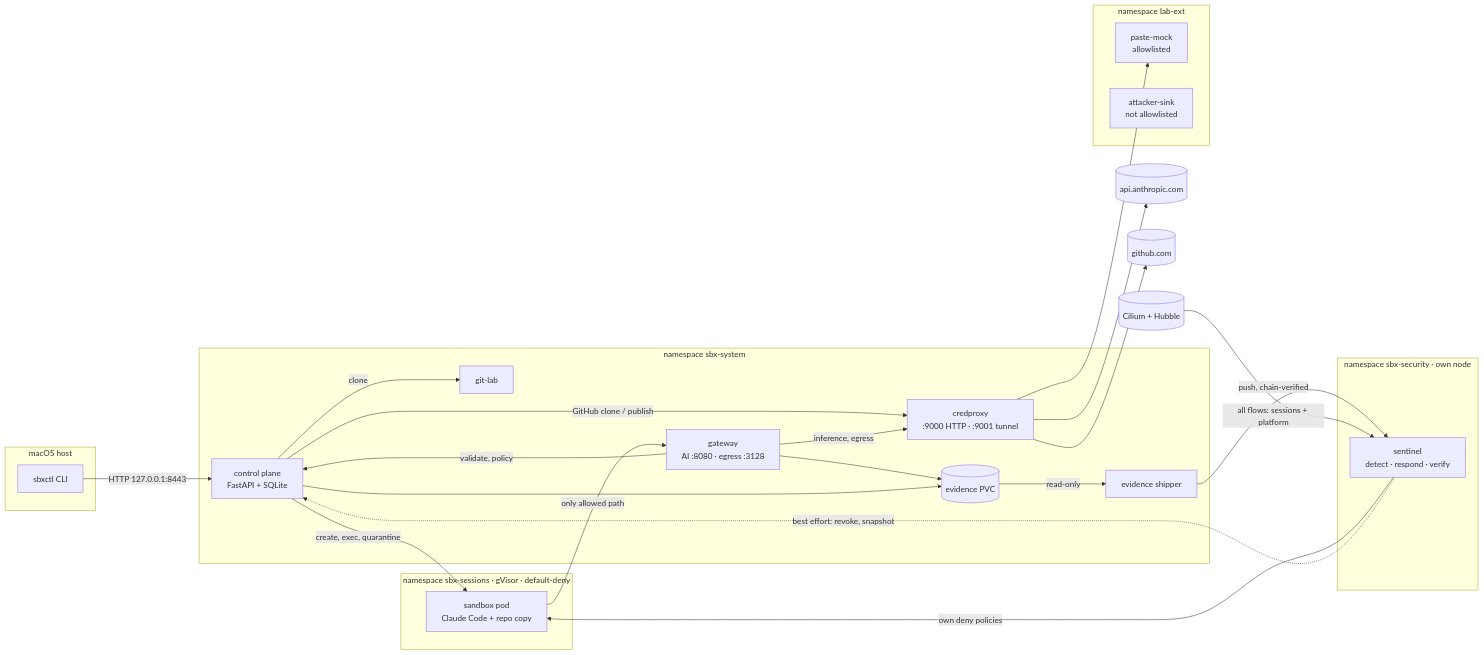
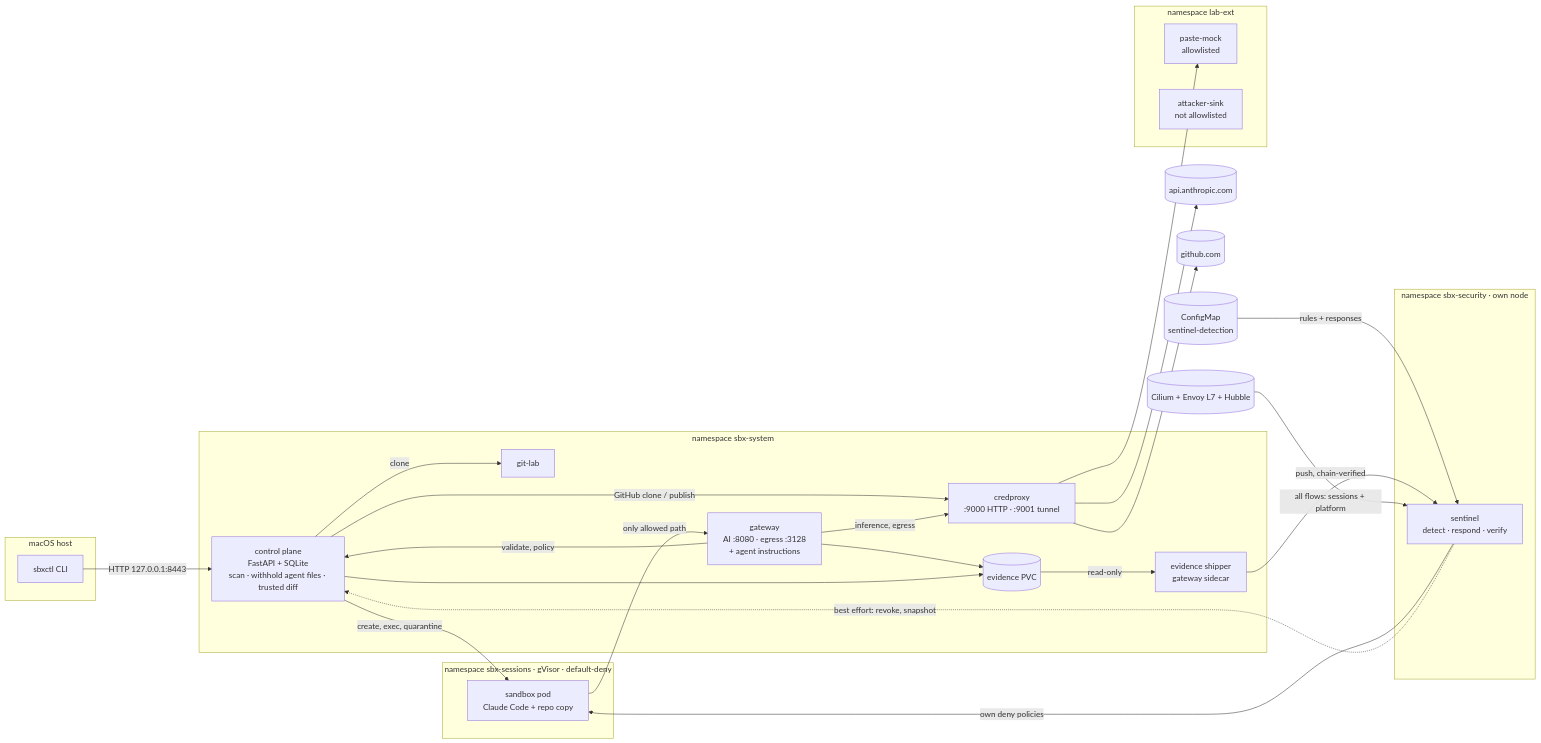
Before and after one commit to bhadradiyaniravnl/security-assignment-forgoodai: the first of 6 diagrams in docs/ARCHITECTURE.md, drawn with Mermaid. The commit also changed other lines of this file and 1 other file, not shown here.

First line of the commit message:
Diagrams and topology match the deployed system

````diff
--- a/docs/ARCHITECTURE.md
+++ b/docs/ARCHITECTURE.md
@@ -33,45 +33,46 @@
 ```mermaid
 flowchart LR
   subgraph host [macOS host]
     cli[sbxctl CLI]
   end
   subgraph sys [namespace sbx-system]
-    cp[control plane<br/>FastAPI + SQLite]
-    gw[gateway<br/>AI :8080 · egress :3128]
+    cp[control plane<br/>FastAPI + SQLite<br/>scan · withhold agent files · trusted diff]
+    gw[gateway<br/>AI :8080 · egress :3128<br/>+ agent instructions]
     cred[credproxy<br/>:9000 HTTP · :9001 tunnel]
-    ship[evidence shipper]
+    ship[evidence shipper<br/>gateway sidecar]
     git[git-lab]
     ev[(evidence PVC)]
   end
   subgraph sess [namespace sbx-sessions · gVisor · default-deny]
     pod[sandbox pod<br/>Claude Code + repo copy]
   end
   subgraph lab [namespace lab-ext]
     paste[paste-mock<br/>allowlisted]
     sink[attacker-sink<br/>not allowlisted]
   end
-  hub[(Cilium + Hubble)]
+  hub[(Cilium + Envoy L7 + Hubble)]
   anth[(api.anthropic.com)]
   gh[(github.com)]
 
   cli -->|HTTP 127.0.0.1:8443| cp
   cp -->|create, exec, quarantine| pod
   cp -->|clone| git
   cp -->|GitHub clone / publish| cred
   pod -->|only allowed path| gw
   gw -->|validate, policy| cp
   gw -->|inference, egress| cred
   cred --> anth
   cred --> gh
   cred --> paste
   gw --> ev
   cp --> ev
   ev -->|read-only| ship
   subgraph secns [namespace sbx-security · own node]
     sen[sentinel<br/>detect · respond · verify]
   end
+  dp[(ConfigMap<br/>sentinel-detection)] -->|rules + responses| sen
   ship -->|push, chain-verified| sen
   hub -->|all flows: sessions + platform| sen
   sen -->|own deny policies| pod
   sen -.->|best effort: revoke, snapshot| cp
 ```
````
